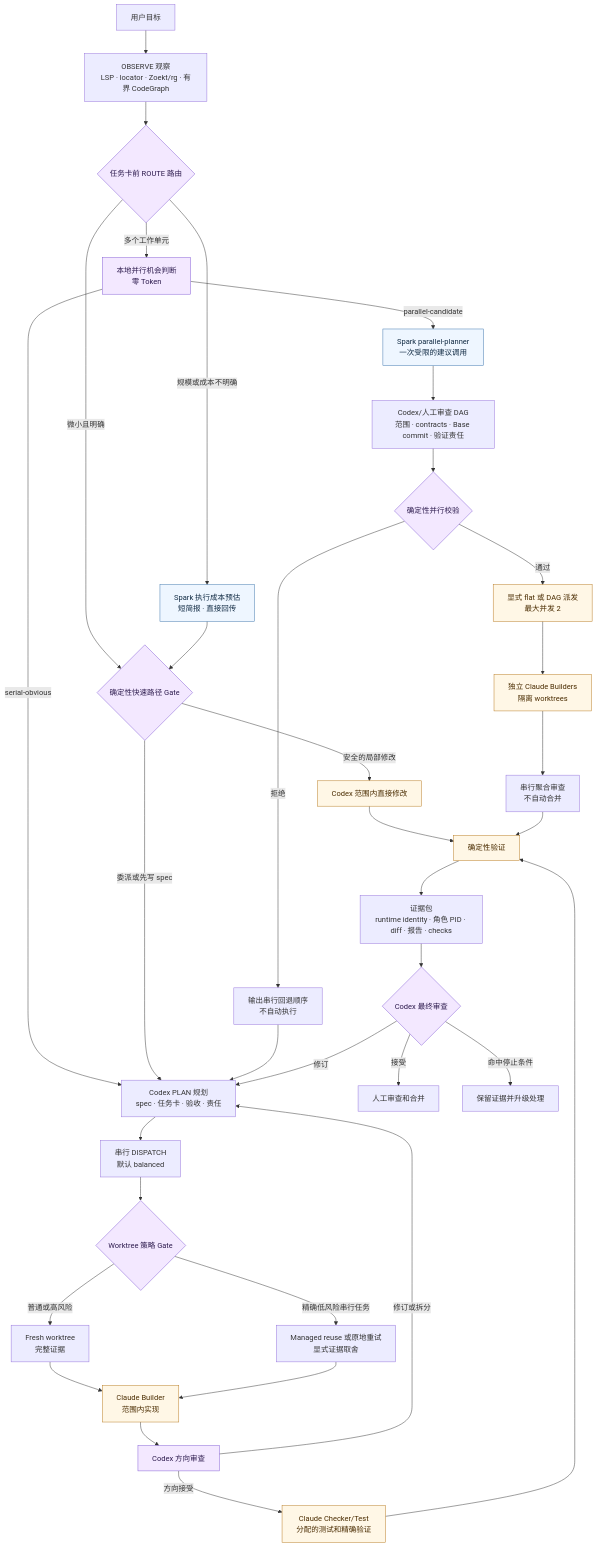
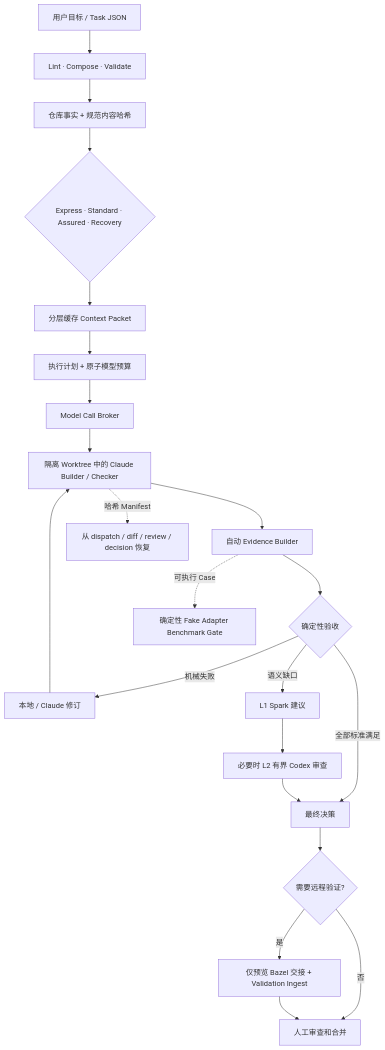
One commit to luozj1020/ai-coding-workflow changed the diagram in README_CN.md. Above: the diagram before and after it, drawn with Mermaid. The commit also changed other lines of this file and 5 other files, not shown here.

````diff
--- a/README_CN.md
+++ b/README_CN.md
@@ -43,49 +53,24 @@
 ```mermaid
 flowchart TD
-    U[用户目标] --> O[OBSERVE 观察<br/>LSP · locator · Zoekt/rg · 有界 CodeGraph]
-    O --> R{任务卡前 ROUTE 路由}
-
-    R -- 微小且明确 --> F{确定性快速路径 Gate}
-    R -- 规模或成本不明确 --> SE[Spark 执行成本预估<br/>短简报 · 直接回传]
-    SE --> F
-    R -- 多个工作单元 --> PA[本地并行机会判断<br/>零 Token]
-    PA -- serial-obvious --> P[Codex PLAN 规划<br/>spec · 任务卡 · 验收 · 责任]
-    PA -- parallel-candidate --> PP[Spark parallel-planner<br/>一次受限的建议调用]
-    PP --> PG[Codex/人工审查 DAG<br/>范围 · contracts · Base commit · 验证责任]
-
-    F -- 安全的局部修改 --> C[Codex 范围内直接修改]
-    F -- 委派或先写 spec --> P
-    P --> D[串行 DISPATCH<br/>默认 balanced]
-    D --> W{Worktree 策略 Gate}
-    W -- 普通或高风险 --> FW[Fresh worktree<br/>完整证据]
-    W -- 精确低风险串行任务 --> RW[Managed reuse 或原地重试<br/>显式证据取舍]
-    FW --> B[Claude Builder<br/>范围内实现]
-    RW --> B
-
-    PG --> PV{确定性并行校验}
-    PV -- 拒绝 --> SF[输出串行回退顺序<br/>不自动执行]
-    SF --> P
-    PV -- 通过 --> PD[显式 flat 或 DAG 派发<br/>最大并发 2]
-    PD --> MB[独立 Claude Builders<br/>隔离 worktrees]
-    MB --> AR[串行聚合审查<br/>不自动合并]
-
-    B --> R1[Codex 方向审查]
-    R1 -- 修订或拆分 --> P
-    R1 -- 方向接受 --> K[Claude Checker/Test<br/>分配的测试和精确验证]
-    C --> V[确定性验证]
-    K --> V
-    AR --> V
-
-    V --> E[证据包<br/>runtime identity · 角色 PID · diff · 报告 · checks]
-    E --> R2{Codex 最终审查}
-    R2 -- 接受 --> H[人工审查和合并]
-    R2 -- 修订 --> P
-    R2 -- 命中停止条件 --> X[保留证据并升级处理]
-
-    classDef auxiliary fill:#eef6ff,stroke:#3973ac,color:#102a43;
-    classDef execution fill:#fff7e6,stroke:#b7791f,color:#4a2c00;
-    classDef decision fill:#f3e8ff,stroke:#805ad5,color:#2d1b4e;
-    class SE,PP auxiliary;
-    class B,MB,K,C,V,PD execution;
-    class R,F,W,PA,PV,R1,R2 decision;
+    U[用户目标 / Task JSON] --> L[Lint · Compose · Validate]
+    L --> F[仓库事实 + 规范内容哈希]
+    F --> R{Express · Standard · Assured · Recovery}
+    R --> C[分层缓存 Context Packet]
+    C --> P[执行计划 + 原子模型预算]
+    P --> B[Model Call Broker]
+    B --> D[隔离 Worktree 中的 Claude Builder / Checker]
+    D --> E[自动 Evidence Builder]
+    E --> A{确定性验收}
+    A -- 机械失败 --> LR[本地 / Claude 修订]
+    A -- 语义缺口 --> S[L1 Spark 建议]
+    S --> X[必要时 L2 有界 Codex 审查]
+    A -- 全部标准满足 --> FD[最终决策]
+    X --> FD
+    LR --> D
+    FD --> H{需要远程验证?}
+    H -- 是 --> RH[仅预览 Bazel 交接 + Validation Ingest]
+    H -- 否 --> M[人工审查和合并]
+    RH --> M
+    D -. 哈希 Manifest .-> RS[从 dispatch / diff / review / decision 恢复]
+    E -. 可执行 Case .-> BM[确定性 Fake Adapter Benchmark Gate]
 ```
````
